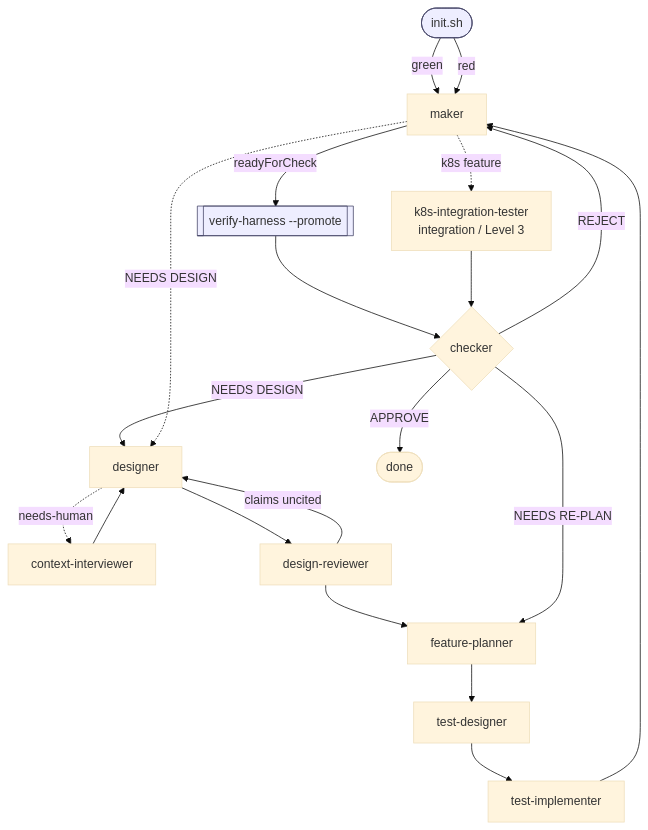
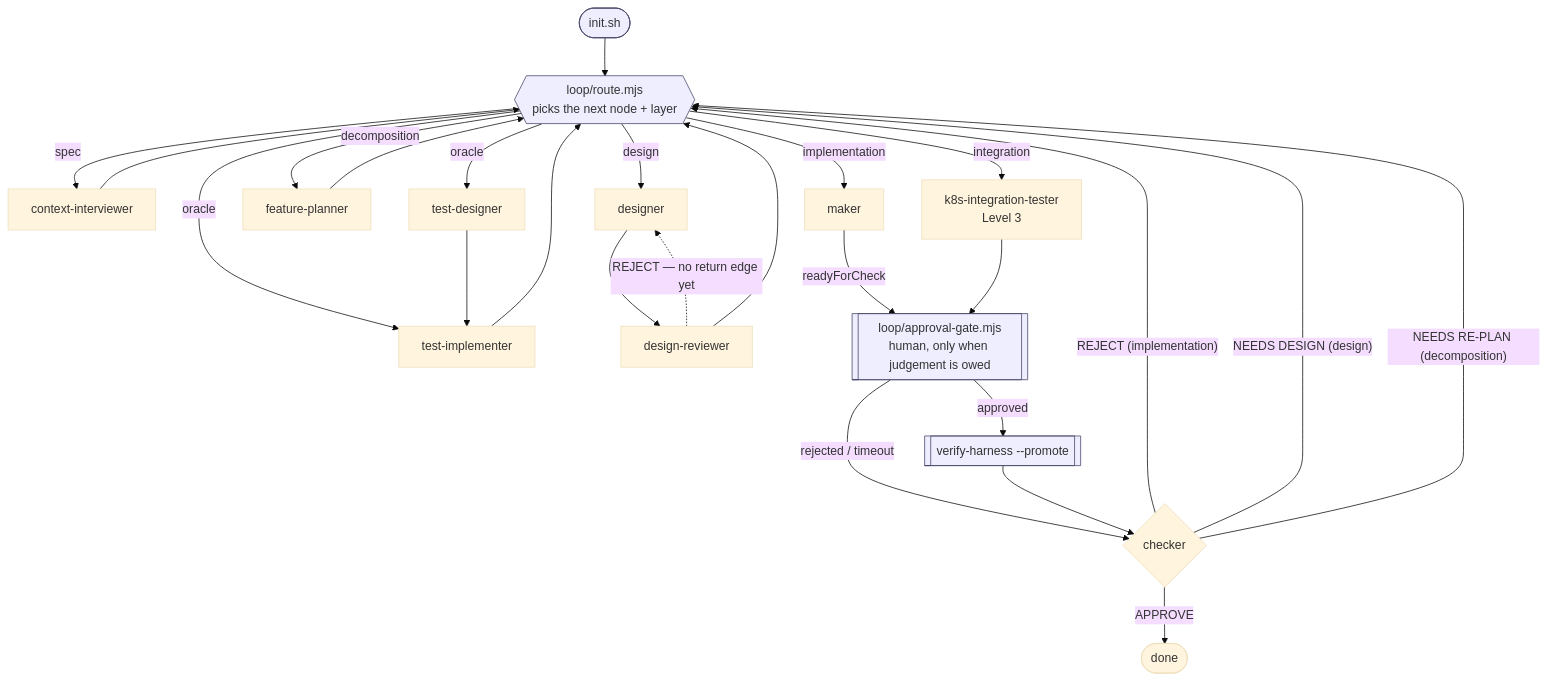
One commit to truonghedspi/harness changed the diagram in harness-loop/references/graph.md. Above: the diagram before and after it, drawn with Mermaid (base theme). The commit also changed other lines of this file and 6 other files, not shown here.

````diff
--- a/harness-loop/references/graph.md
+++ b/harness-loop/references/graph.md
@@ -68,24 +72,29 @@
 ```mermaid
 flowchart TD
-  I([init.sh]) -->|green| M[maker]
-  I -->|red| M
-  CI[context-interviewer] --> D[designer]
+  I([init.sh]) --> R{{"loop/route.mjs<br/>picks the next node + layer"}}
+  R -->|spec| CI[context-interviewer]
+  R -->|design| D[designer]
+  R -->|decomposition| FP[feature-planner]
+  R -->|oracle| TD[test-designer]
+  R -->|oracle| TI[test-implementer]
+  R -->|integration| K["k8s-integration-tester<br/>Level 3"]
+  R -->|implementation| M[maker]
+  CI --> R
   D --> DR[design-reviewer]
-  DR -->|claims uncited| D
-  DR --> FP[feature-planner]
-  FP --> TD[test-designer]
-  TD --> TI[test-implementer]
-  TI --> M
-  M -->|readyForCheck| P[["verify-harness --promote"]]
+  DR -.->|"REJECT — no return edge yet"| D
+  DR --> R
+  FP --> R
+  TD --> TI
+  TI --> R
+  M -->|readyForCheck| A[["loop/approval-gate.mjs<br/>human, only when judgement is owed"]]
+  K --> A
+  A -->|approved| P[["verify-harness --promote"]]
+  A -->|rejected / timeout| C
   P --> C{checker}
   C -->|APPROVE| DONE([done])
-  C -->|REJECT| M
-  C -->|NEEDS DESIGN| D
-  C -->|NEEDS RE-PLAN| FP
-  M -.->|NEEDS DESIGN| D
-  M -.->|k8s feature| K["k8s-integration-tester<br/>integration / Level 3"]
-  K --> C
-  D -.->|needs-human| CI
+  C -->|"REJECT (implementation)"| R
+  C -->|"NEEDS DESIGN (design)"| R
+  C -->|"NEEDS RE-PLAN (decomposition)"| R
   classDef code fill:#eef,stroke:#446
-  class I,P code
+  class I,R,A,P code
 ```
````
